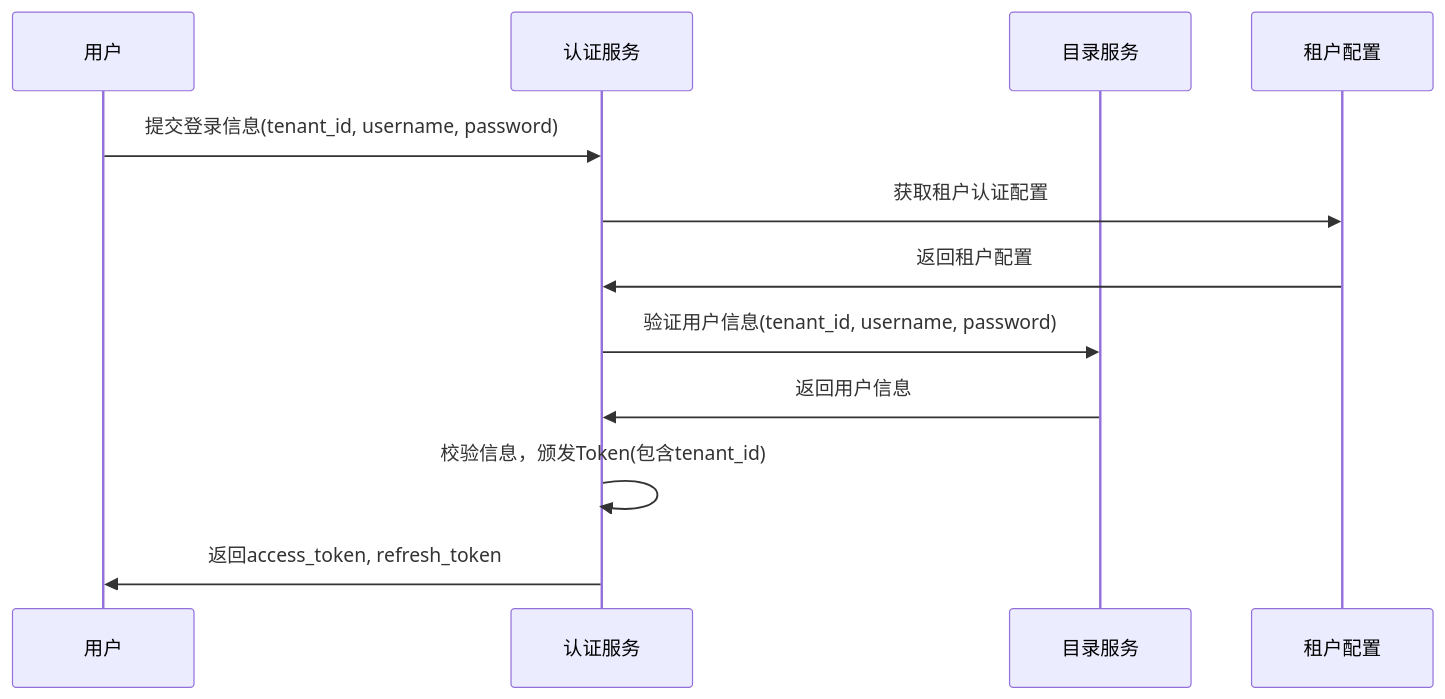
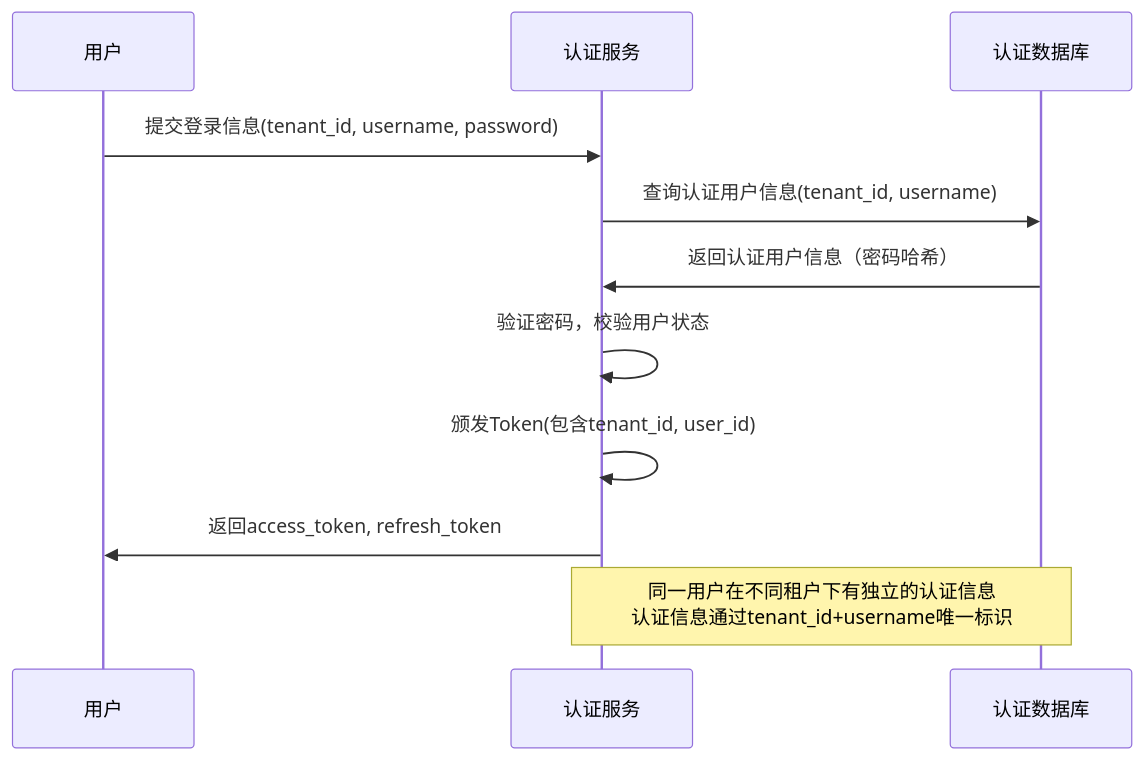
Before and after one commit to ai-archi/aiPaaS: the second of 5 diagrams in docs/architecture/aixone-tech-auth-architecture.md, drawn with Mermaid. The commit also changed other lines of this file and 147 other files, not shown here.

````diff
--- a/docs/architecture/aixone-tech-auth-architecture.md
+++ b/docs/architecture/aixone-tech-auth-architecture.md
@@ -287,14 +449,13 @@
 ```mermaid
 sequenceDiagram
     participant U as 用户
     participant A as 认证服务
-    participant D as 目录服务
-    participant T as 租户配置
+    participant DB as 认证数据库
     U->>A: 提交登录信息(tenant_id, username, password)
-    A->>T: 获取租户认证配置
-    T->>A: 返回租户配置
-    A->>D: 验证用户信息(tenant_id, username, password)
-    D->>A: 返回用户信息
-    A->>A: 校验信息，颁发Token(包含tenant_id)
+    A->>DB: 查询认证用户信息(tenant_id, username)
+    DB->>A: 返回认证用户信息（密码哈希）
+    A->>A: 验证密码，校验用户状态
+    A->>A: 颁发Token(包含tenant_id, user_id)
     A->>U: 返回access_token, refresh_token
+    Note over A,DB: 同一用户在不同租户下有独立的认证信息<br/>认证信息通过tenant_id+username唯一标识
 ```
````
